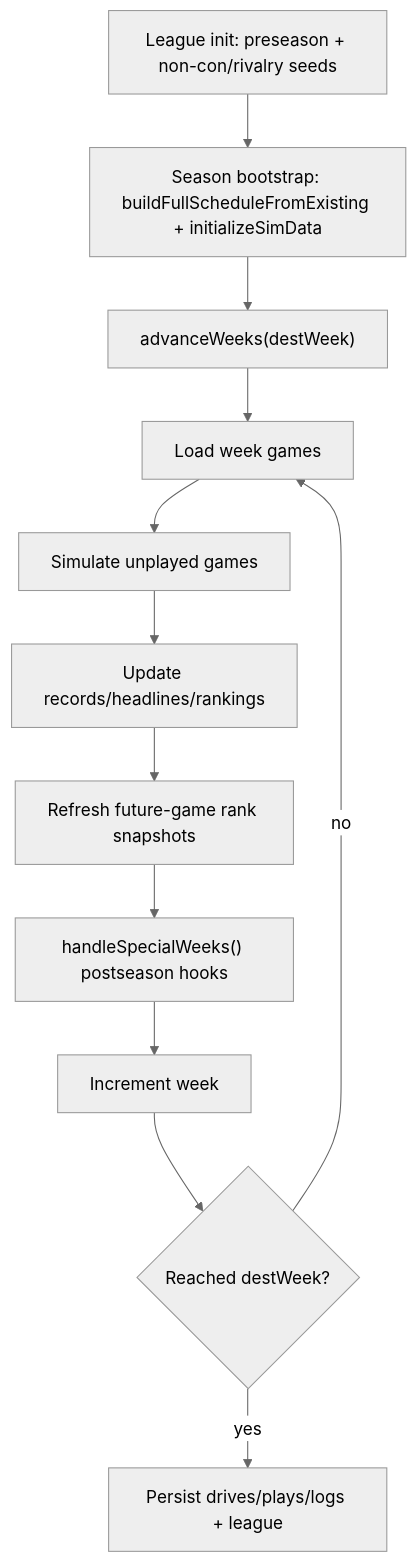
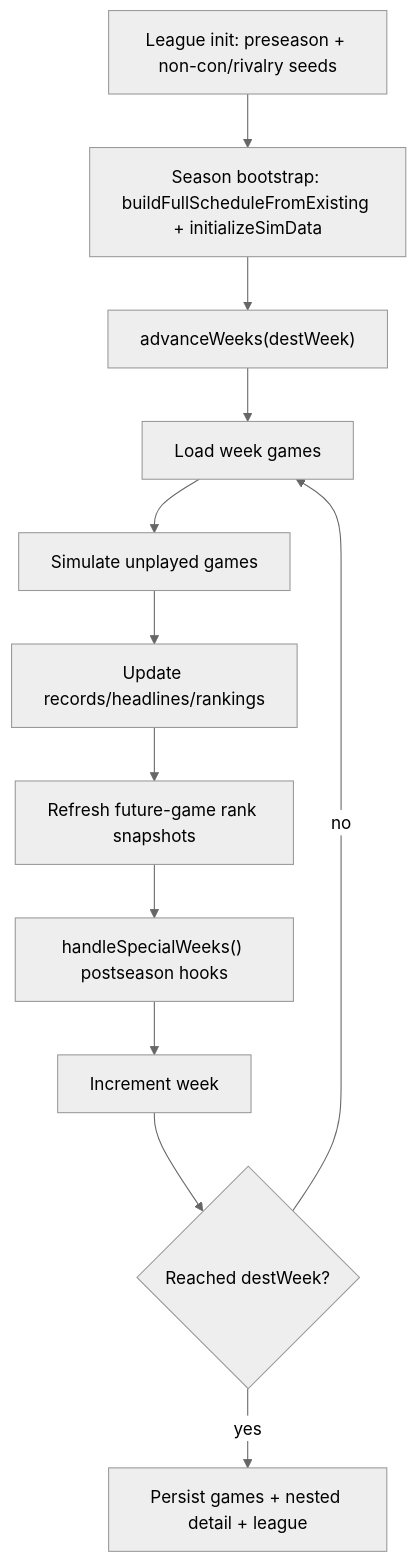
Before and after one commit to rdettling/cfbsim: the diagram in docs/systems/scheduling-and-week-advancement.md, drawn with Mermaid (neutral theme). The commit also changed other lines of this file and 92 other files, not shown here.

````diff
--- a/docs/systems/scheduling-and-week-advancement.md
+++ b/docs/systems/scheduling-and-week-advancement.md
@@ -48,14 +49,14 @@
 ```mermaid
 flowchart TD
   A["League init: preseason + non-con/rivalry seeds"] --> B["Season bootstrap: buildFullScheduleFromExisting + initializeSimData"]
   B --> C["advanceWeeks(destWeek)"]
   C --> D["Load week games"]
   D --> E["Simulate unplayed games"]
   E --> F["Update records/headlines/rankings"]
   F --> G["Refresh future-game rank snapshots"]
   G --> H["handleSpecialWeeks() postseason hooks"]
   H --> I["Increment week"]
   I --> J{"Reached destWeek?"}
   J -- no --> D
-  J -- yes --> K["Persist drives/plays/logs + league"]
+  J -- yes --> K["Persist games + nested detail + league"]
 ```
````
